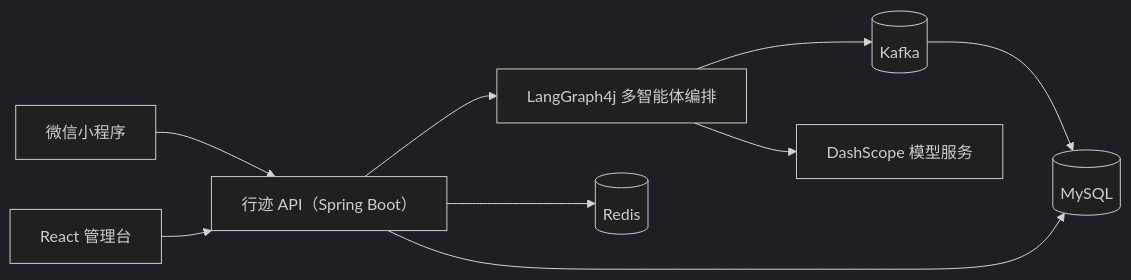
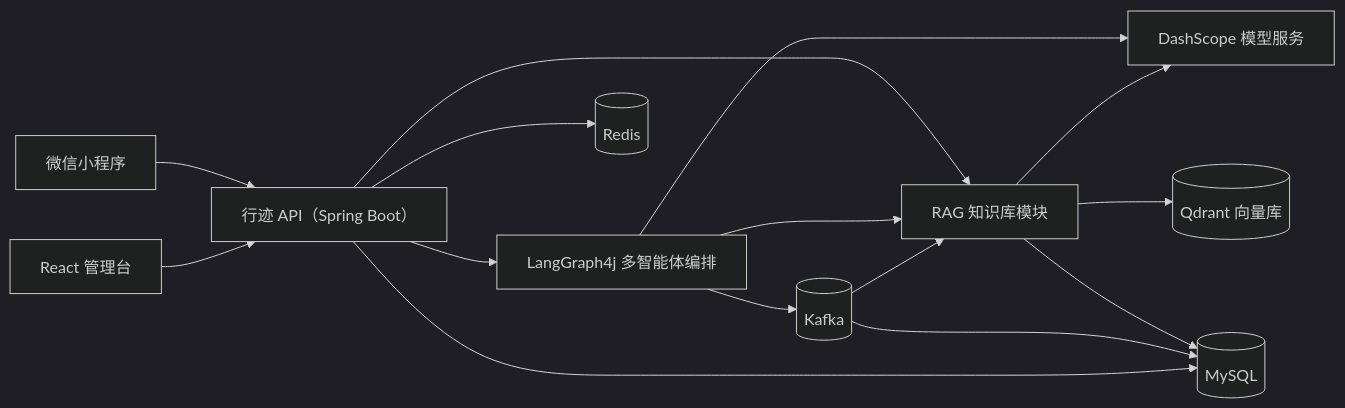
One commit to NDAKJin/travel-agent changed the first of 4 diagrams in README.md. Above: the diagram before and after it, drawn with Mermaid (dark theme). The commit also changed other lines of this file and 41 other files, not shown here.

````diff
--- a/README.md
+++ b/README.md
@@ -50,20 +51,28 @@
 ```mermaid
 flowchart LR
     mini["微信小程序"]
     admin["React 管理台"]
     api["行迹 API（Spring Boot）"]
     workflow["LangGraph4j 多智能体编排"]
+    rag["RAG 知识库模块"]
     mysql[("MySQL")]
     redis[("Redis")]
     kafka[("Kafka")]
+    qdrant[("Qdrant 向量库")]
     model["DashScope 模型服务"]
 
     mini --> api
     admin --> api
     api --> workflow
+    api --> rag
     workflow --> model
+    workflow --> rag
     workflow --> kafka
+    rag --> qdrant
+    rag --> mysql
+    rag --> model
+    kafka --> rag
     kafka --> mysql
     api --> mysql
     api --> redis
 ```
````
